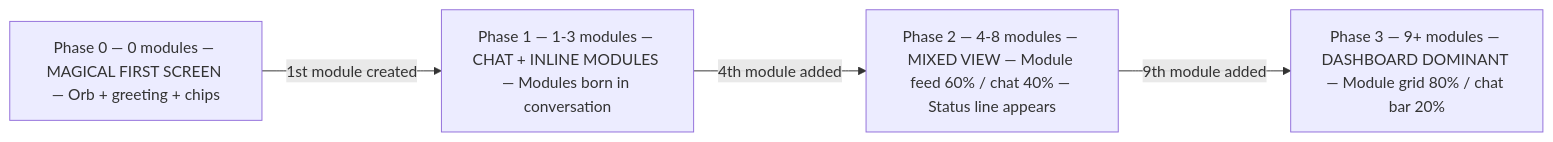
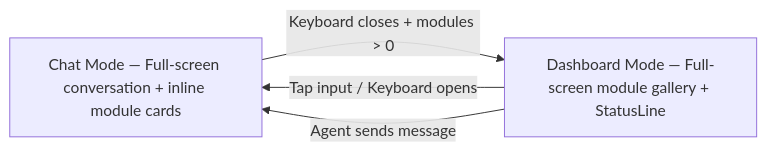
The fourth of 4 diagrams in _bmad-output/planning-artifacts/ux-design-specification.md (SebastienTr/self-app), drawn with Mermaid before and after one commit. The commit also changed other lines of this file and 33 other files, not shown here.

````diff
--- a/_bmad-output/planning-artifacts/ux-design-specification.md
+++ b/_bmad-output/planning-artifacts/ux-design-specification.md
@@ -920,11 +920,9 @@
 ```mermaid
 flowchart LR
-    S0[Phase 0 — 0 modules — MAGICAL FIRST SCREEN — Orb + greeting + chips]
-    S1[Phase 1 — 1-3 modules — CHAT + INLINE MODULES — Modules born in conversation]
-    S2[Phase 2 — 4-8 modules — MIXED VIEW — Module feed 60% / chat 40% — Status line appears]
-    S3[Phase 3 — 9+ modules — DASHBOARD DOMINANT — Module grid 80% / chat bar 20%]
+    CM[Chat Mode — Full-screen conversation + inline module cards]
+    DM[Dashboard Mode — Full-screen module gallery + StatusLine]
 
-    S0 -->|1st module created| S1
-    S1 -->|4th module added| S2
-    S2 -->|9th module added| S3
+    CM -->|Keyboard closes + modules > 0| DM
+    DM -->|Tap input / Keyboard opens| CM
+    DM -->|Agent sends message| CM
 ```
````
